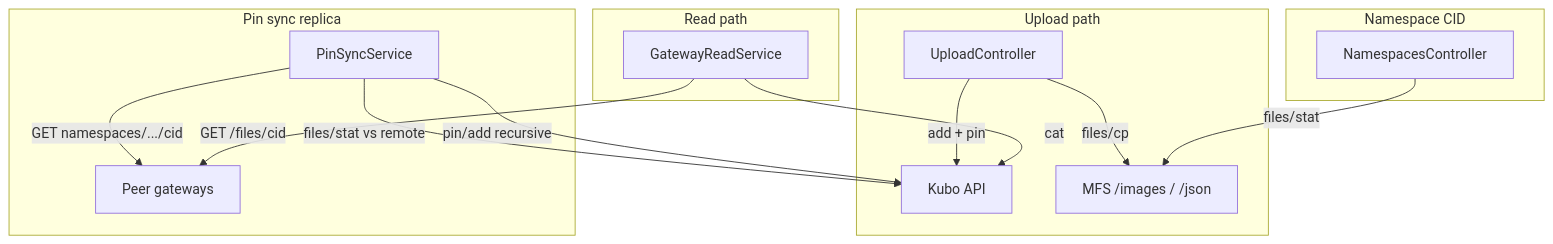
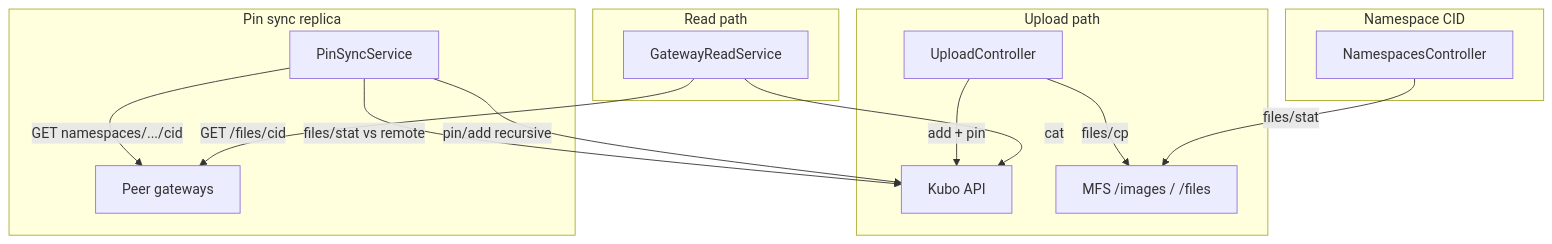
One commit to Waiviogit/open-data-layer changed the diagram in docs/ipfs-gateway.md. Above: the diagram before and after it, drawn with Mermaid. The commit also changed other lines of this file and 15 other files, not shown here.

````diff
--- a/docs/ipfs-gateway.md
+++ b/docs/ipfs-gateway.md
@@ -143,26 +141,26 @@
 ```mermaid
 flowchart TD
   subgraph upload [Upload path]
     UC["UploadController"]
     UC -->|"add + pin"| Kubo["Kubo API"]
-    UC -->|"files/cp"| MFS["MFS /images / /json"]
+    UC -->|"files/cp"| MFS["MFS /images / /files"]
   end
 
   subgraph ns [Namespace CID]
     NC["NamespacesController"]
     NC -->|"files/stat"| MFS
   end
 
   subgraph sync [Pin sync replica]
     PS["PinSyncService"]
     PS -->|"GET namespaces/.../cid"| Peer["Peer gateways"]
     PS -->|"files/stat vs remote"| Kubo
     PS -->|"pin/add recursive"| Kubo
   end
 
   subgraph read [Read path]
     GR["GatewayReadService"]
     GR -->|"cat"| Kubo
     GR -->|"GET /files/cid"| Peer
   end
 ```
````
